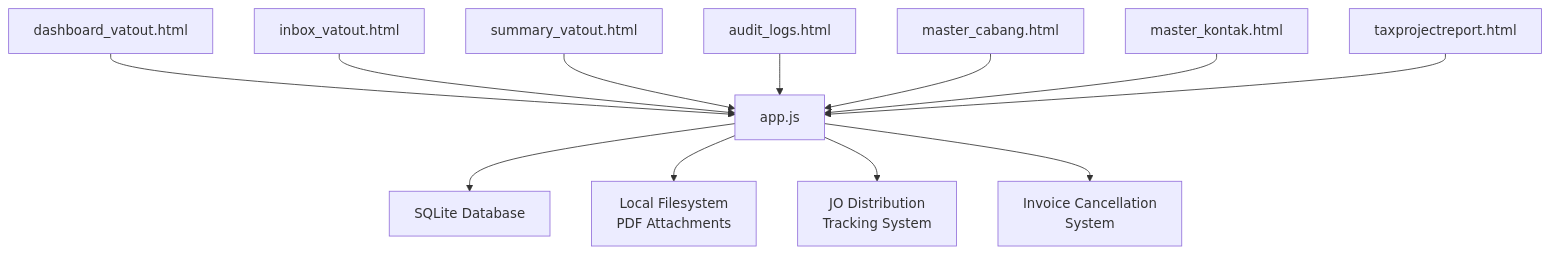
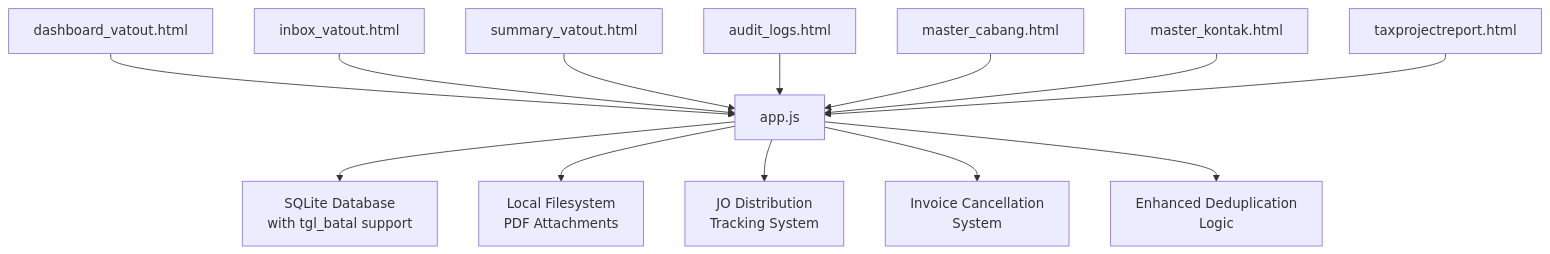
Before and after one commit to rendisiagian/TDS_by_RENDISIAGIAN: the second of 13 diagrams in .qoder/repowiki/en/content/VAT Management System/VAT Output (VAT OUT).md, drawn with Mermaid. The commit also changed other lines of this file and 6 other files, not shown here.

First line of the commit message:
perf(tax-prepaid): optimize database joins and deduplication in summary queries

````diff
--- a/.qoder/repowiki/en/content/VAT Management System/VAT Output (VAT OUT).md
+++ b/.qoder/repowiki/en/content/VAT Management System/VAT Output (VAT OUT).md
@@ -123,26 +126,28 @@
 ```mermaid
 graph TB
 UI_Dashboard["dashboard_vatout.html"]
 UI_Inbox["inbox_vatout.html"]
 UI_Summary["summary_vatout.html"]
 BE_App["app.js"]
-DB_SQLite["SQLite Database"]
+DB_SQLite["SQLite Database<br/>with tgl_batal support"]
 FS_Attachments["Local Filesystem<br/>PDF Attachments"]
 Master_Cabang["master_cabang.html"]
 Master_Kontak["master_kontak.html"]
 Audit_Logs["audit_logs.html"]
 JO_Tracking["JO Distribution<br/>Tracking System"]
 Tax_Report["taxprojectreport.html"]
 Cancel_System["Invoice Cancellation<br/>System"]
+Enhanced_Dedup["Enhanced Deduplication<br/>Logic"]
 UI_Dashboard --> BE_App
 UI_Inbox --> BE_App
 UI_Summary --> BE_App
 Audit_Logs --> BE_App
 BE_App --> DB_SQLite
 BE_App --> FS_Attachments
 BE_App --> JO_Tracking
 BE_App --> Cancel_System
+BE_App --> Enhanced_Dedup
 Master_Cabang --> BE_App
 Master_Kontak --> BE_App
 Tax_Report --> BE_App
 ```
````
